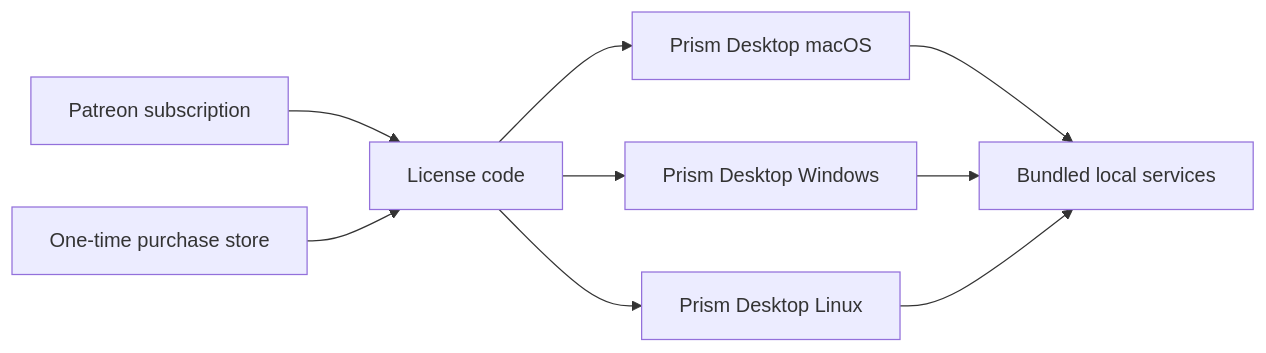
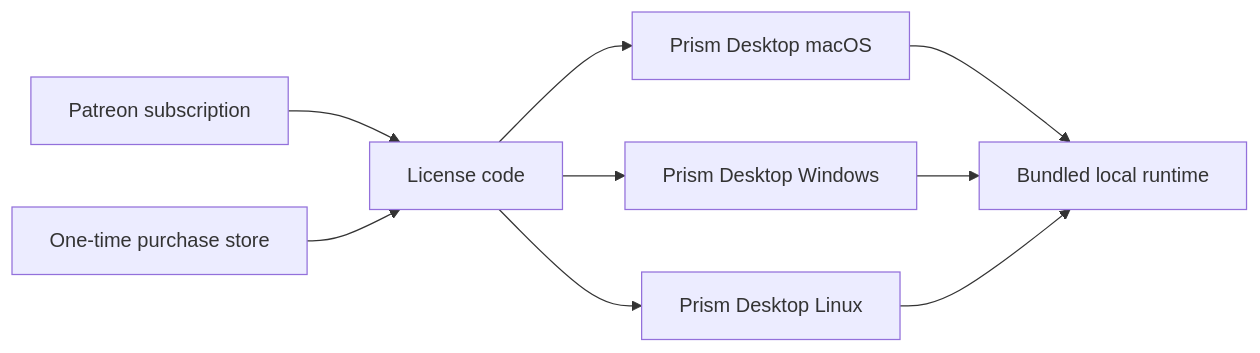
Before and after one commit to AureliusSoftworks/PRISM: the diagram in docs/distribution-model.md, drawn with Mermaid. The commit also changed other lines of this file and 14 other files, not shown here.

````diff
--- a/docs/distribution-model.md
+++ b/docs/distribution-model.md
@@ -13,11 +11,11 @@
 ```mermaid
 flowchart LR
-  Patreon["Patreon subscription"] --> LicenseCode["License code"]
-  OneTime["One-time purchase store"] --> LicenseCode
-  LicenseCode --> MacDesktop["Prism Desktop macOS"]
-  LicenseCode --> WinDesktop["Prism Desktop Windows"]
-  LicenseCode --> LinuxDesktop["Prism Desktop Linux"]
-  MacDesktop --> LocalServices["Bundled local services"]
-  WinDesktop --> LocalServices
-  LinuxDesktop --> LocalServices
+  Patreon["Patreon subscription"] --> licenseCode["License code"]
+  OneTime["One-time purchase store"] --> licenseCode
+  licenseCode --> macDesktop["Prism Desktop macOS"]
+  licenseCode --> winDesktop["Prism Desktop Windows"]
+  licenseCode --> linuxDesktop["Prism Desktop Linux"]
+  macDesktop --> bundledRuntime["Bundled local runtime"]
+  winDesktop --> bundledRuntime
+  linuxDesktop --> bundledRuntime
 ```
````
